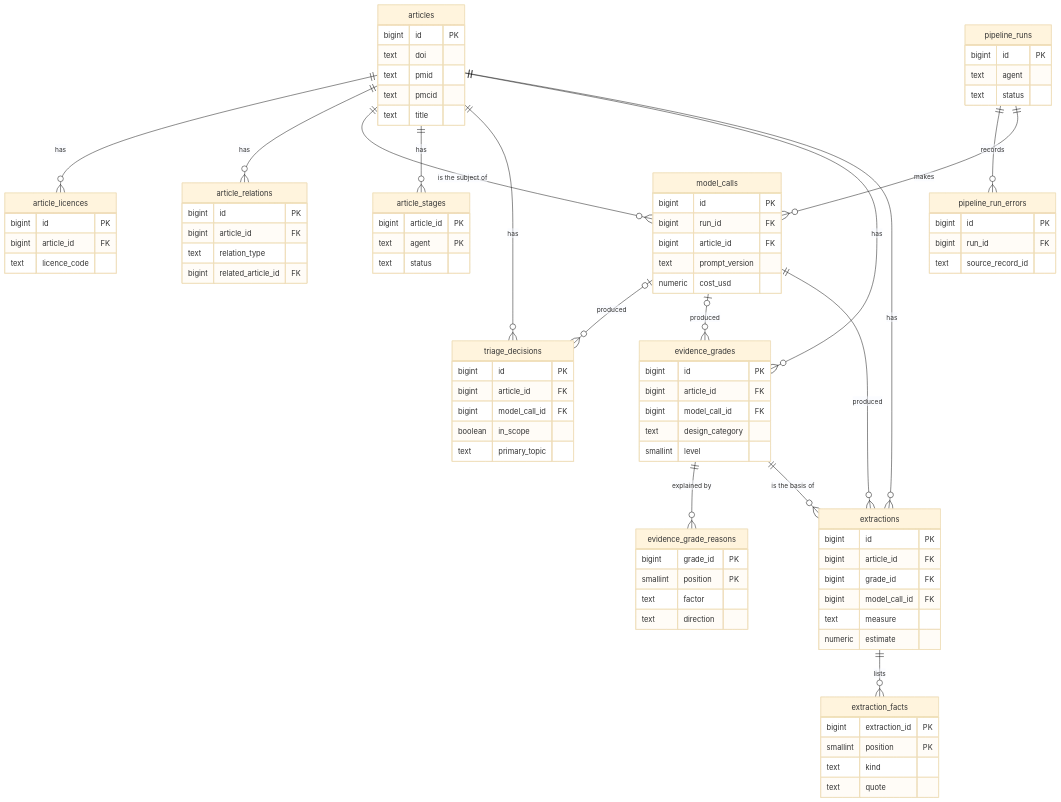
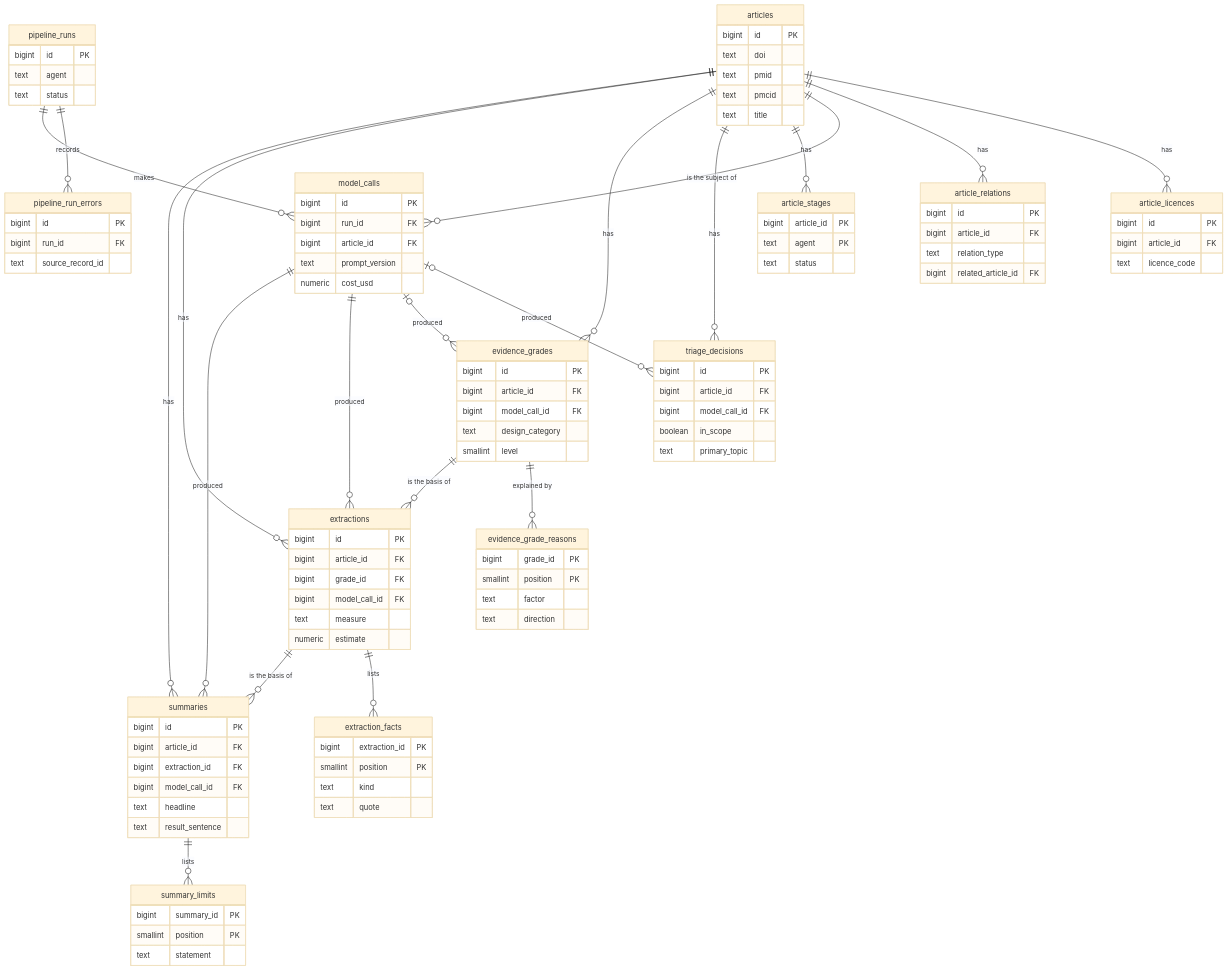
Before and after one commit to wpalombini/nutri-minutes: the diagram in docs/database.md, drawn with Mermaid (base theme). The commit also changed other lines of this file and 4 other files, not shown here.

First line of the commit message:
Add summaries and summary_limits tables for the Writer

````diff
--- a/docs/database.md
+++ b/docs/database.md
@@ -23,6 +23,10 @@
     evidence_grades ||--o{ extractions : "is the basis of"
     model_calls ||--o{ extractions : "produced"
     extractions ||--o{ extraction_facts : "lists"
+    articles ||--o{ summaries : "has"
+    extractions ||--o{ summaries : "is the basis of"
+    model_calls ||--o{ summaries : "produced"
+    summaries ||--o{ summary_limits : "lists"
 
     articles {
         bigint id PK
@@ -98,4 +102,17 @@
         text kind
         text quote
     }
+    summaries {
+        bigint id PK
+        bigint article_id FK
+        bigint extraction_id FK
+        bigint model_call_id FK
+        text headline
+        text result_sentence
+    }
+    summary_limits {
+        bigint summary_id PK
+        smallint position PK
+        text statement
+    }
 ```
````
